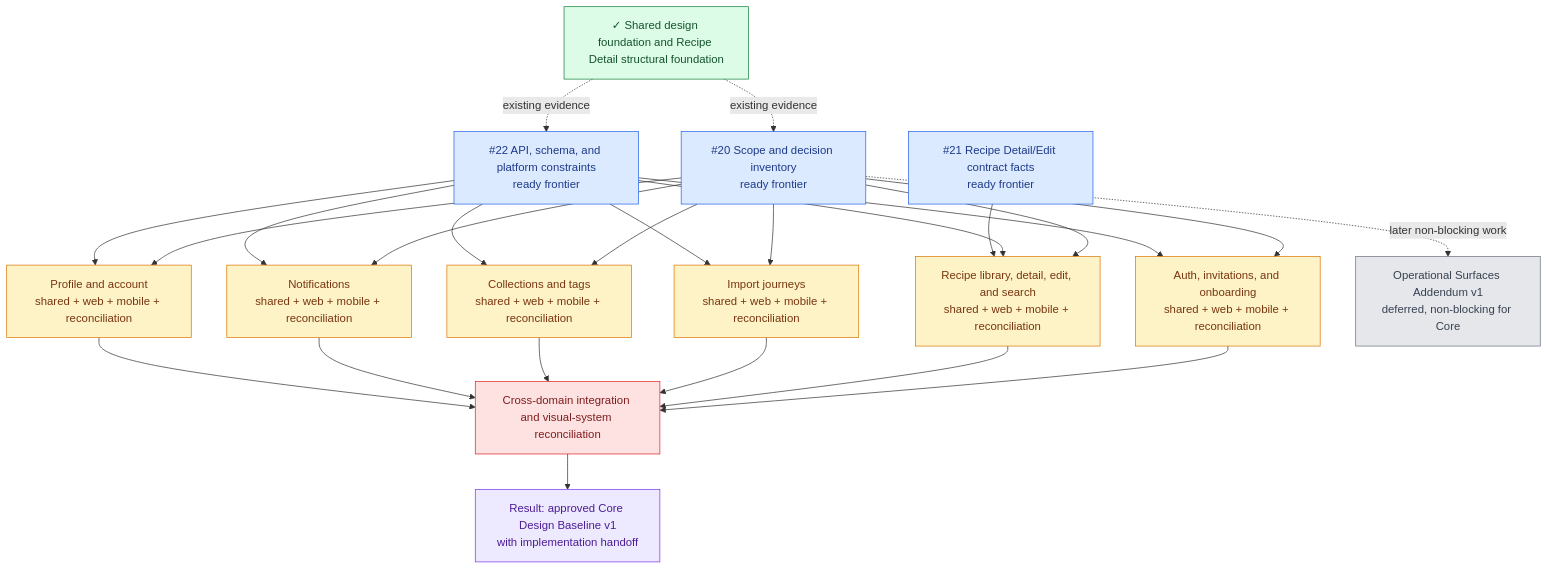
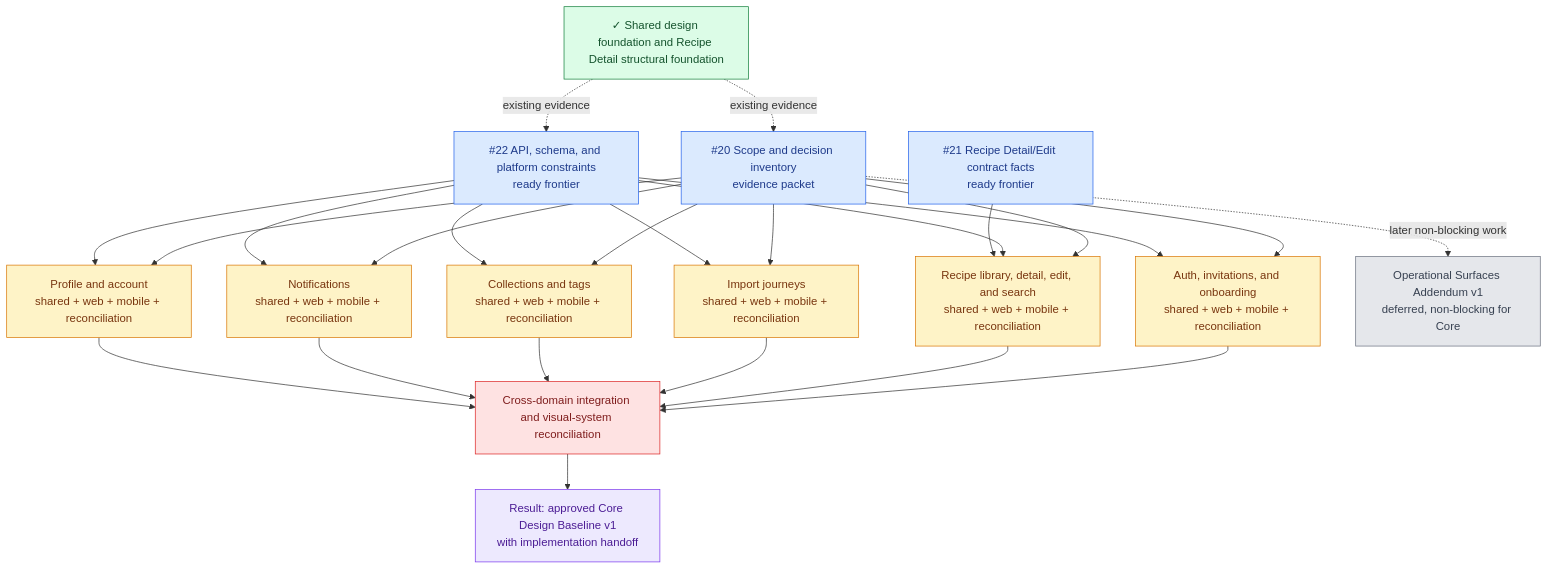
Before and after one commit to starkovalera/recipe-manager: the second of 3 diagrams in docs/roadmap.md, drawn with Mermaid. The commit also changed 3 other files, not shown here.

Commit message:
docs: inventory first-version design scope (#20) (#51)

````diff
--- a/docs/roadmap.md
+++ b/docs/roadmap.md
@@ -67,57 +67,57 @@
 ```mermaid
 flowchart TD
   foundation["✓ Shared design foundation and Recipe Detail structural foundation"]
-  scope["#20 Scope and decision inventory<br/>ready frontier"]
+  scope["#20 Scope and decision inventory<br/>evidence packet"]
   constraints["#22 API, schema, and platform constraints<br/>ready frontier"]
   recipeFacts["#21 Recipe Detail/Edit contract facts<br/>ready frontier"]
 
   auth["Auth, invitations, and onboarding<br/>shared + web + mobile + reconciliation"]
   recipes["Recipe library, detail, edit, and search<br/>shared + web + mobile + reconciliation"]
   imports["Import journeys<br/>shared + web + mobile + reconciliation"]
   collections["Collections and tags<br/>shared + web + mobile + reconciliation"]
   notifications["Notifications<br/>shared + web + mobile + reconciliation"]
   account["Profile and account<br/>shared + web + mobile + reconciliation"]
 
   integration["Cross-domain integration and visual-system reconciliation"]
   operational["Operational Surfaces Addendum v1<br/>deferred, non-blocking for Core"]
   result["Result: approved Core Design Baseline v1<br/>with implementation handoff"]
 
   foundation -. existing evidence .-> scope
   foundation -. existing evidence .-> constraints
   scope --> auth
   scope --> recipes
   scope --> imports
   scope --> collections
   scope --> notifications
   scope --> account
   constraints --> auth
   constraints --> recipes
   constraints --> imports
   constraints --> collections
   constraints --> notifications
   constraints --> account
   recipeFacts --> recipes
 
   auth --> integration
   recipes --> integration
   imports --> integration
   collections --> integration
   notifications --> integration
   account --> integration
   integration --> result
   scope -. later non-blocking work .-> operational
 
   classDef complete fill:#dcfce7,stroke:#15803d,color:#14532d
   classDef ready fill:#dbeafe,stroke:#2563eb,color:#1e3a8a
   classDef planned fill:#fef3c7,stroke:#d97706,color:#78350f
   classDef blocked fill:#fee2e2,stroke:#dc2626,color:#7f1d1d
   classDef deferred fill:#e5e7eb,stroke:#6b7280,color:#374151
   classDef result fill:#ede9fe,stroke:#7c3aed,color:#4c1d95
 
   class foundation complete
   class scope,constraints,recipeFacts ready
   class auth,recipes,imports,collections,notifications,account planned
   class integration blocked
   class operational deferred
   class result result
 ```
````
